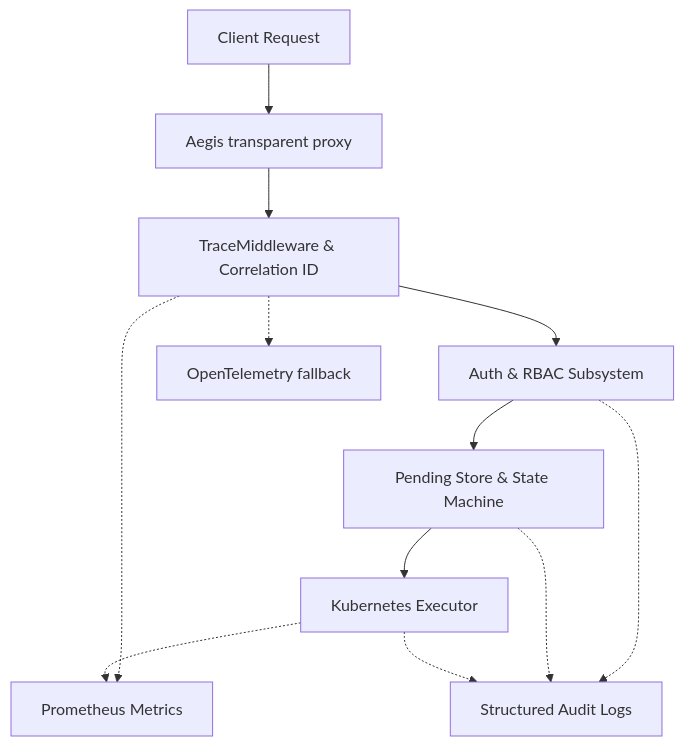
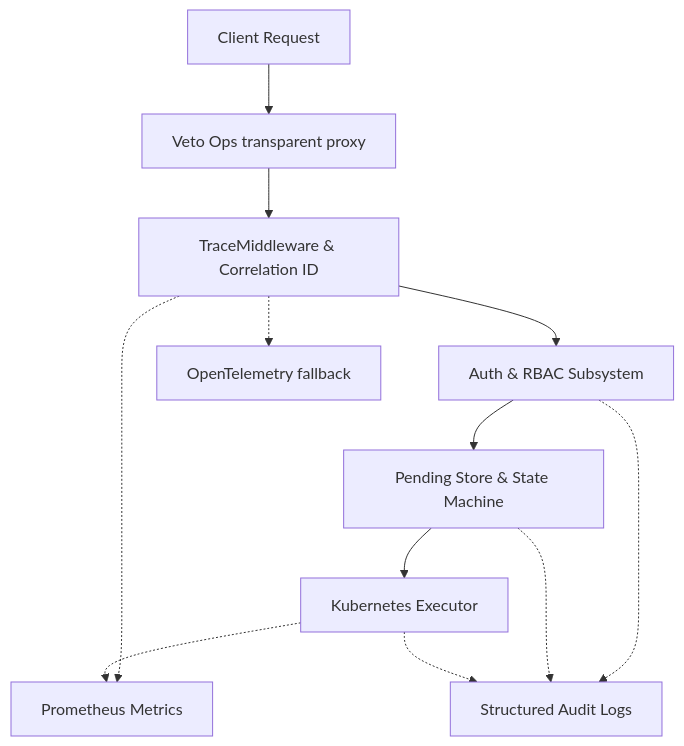
Before and after one commit to mzain2004/Aegis: the diagram in observability_architecture.md, drawn with Mermaid. The commit also changed other lines of this file and 65 other files, not shown here.

First line of the commit message:
Rename product branding from Aegis / SafeOps to Veto Ops.

````diff
--- a/observability_architecture.md
+++ b/observability_architecture.md
@@ -7,18 +7,18 @@
 ```mermaid
 graph TD
-    Client[Client Request] --> Proxy[Aegis transparent proxy]
+    Client[Client Request] --> Proxy[Veto Ops transparent proxy]
     Proxy --> TraceMiddleware[TraceMiddleware & Correlation ID]
     TraceMiddleware --> Auth[Auth & RBAC Subsystem]
     Auth --> SM[Pending Store & State Machine]
     SM --> Exec[Kubernetes Executor]
     
     %% Monitoring & Audit Integration
     TraceMiddleware -.-> Metrics[Prometheus Metrics]
     Auth -.-> Audit[Structured Audit Logs]
     SM -.-> Audit
     Exec -.-> Metrics
     Exec -.-> Audit
     
     %% Telemetry fallbacks
     TraceMiddleware -.-> OTEL[OpenTelemetry fallback]
 ```
````
